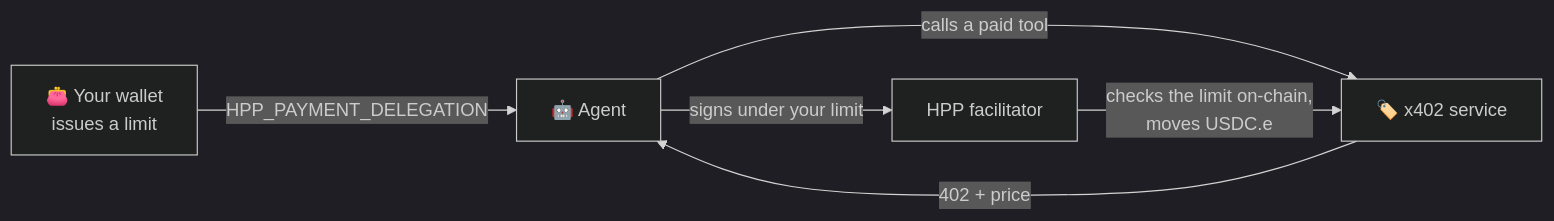
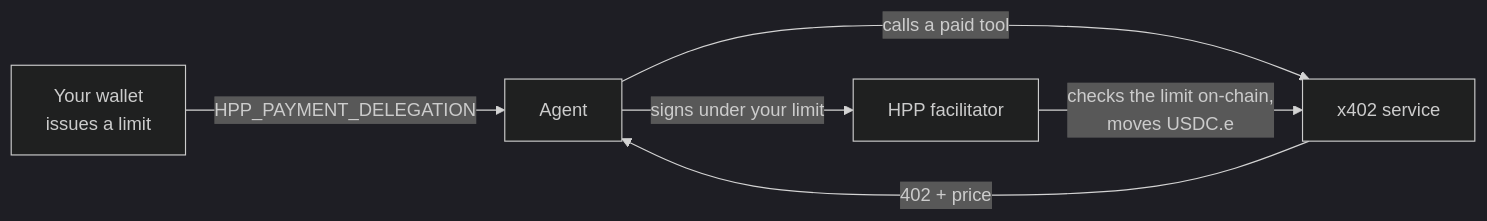
Before and after one commit to hpp-io/docs: the diagram in smart-accounts/pay-from-an-agent.mdx, drawn with Mermaid (dark theme). The commit also changed 14 other files, not shown here.

````diff
--- a/smart-accounts/pay-from-an-agent.mdx
+++ b/smart-accounts/pay-from-an-agent.mdx
@@ -18,8 +18,8 @@
 ```mermaid
 flowchart LR
-    W[👛 Your wallet<br/>issues a limit] -->|HPP_PAYMENT_DELEGATION| A[🤖 Agent]
-    A -->|calls a paid tool| S[🏷️ x402 service]
+    W[Your wallet<br/>issues a limit] -->|HPP_PAYMENT_DELEGATION| A[Agent]
+    A -->|calls a paid tool| S[x402 service]
     S -->|402 + price| A
     A -->|signs under your limit| F[HPP facilitator]
     F -->|checks the limit on-chain,<br/>moves USDC.e| S
 ```
````
